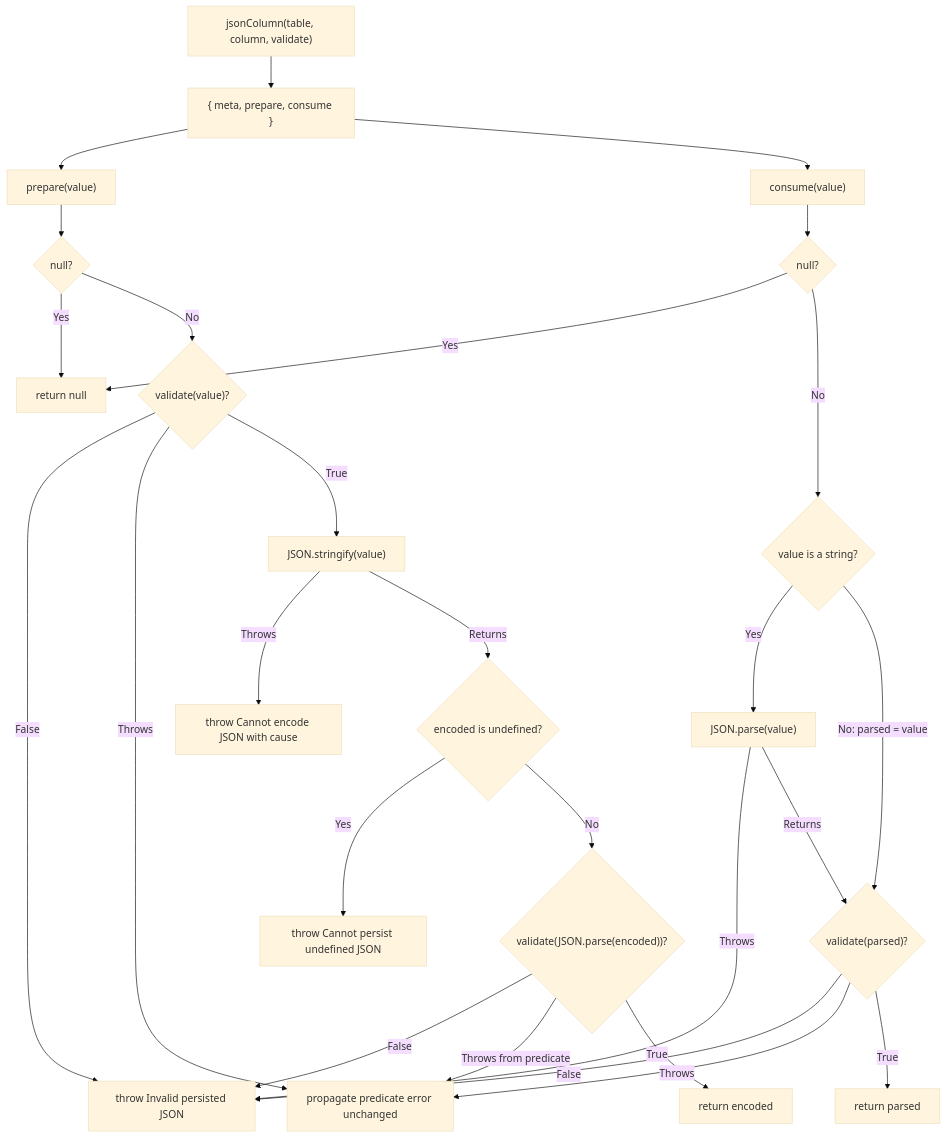
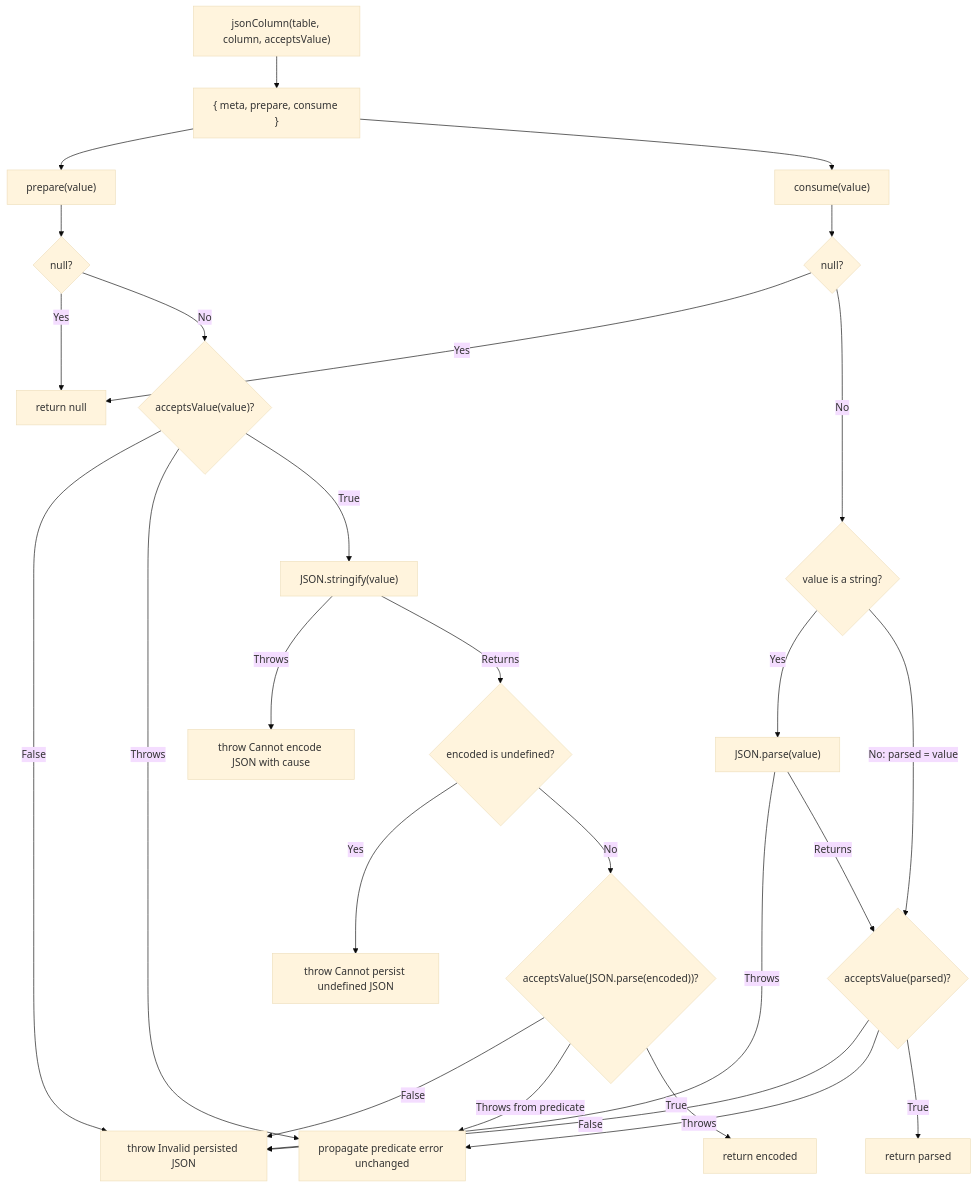
One commit to Kevinjohn/oss-adonisjs-lucid-checked-columns changed the second of 2 diagrams in user-stories/US-COLUMN-01-store-checked-json.md. Above: the diagram before and after it, drawn with Mermaid (base theme). The commit also changed other lines of this file and 6 other files, not shown here.

````diff
--- a/user-stories/US-COLUMN-01-store-checked-json.md
+++ b/user-stories/US-COLUMN-01-store-checked-json.md
@@ -48,29 +48,29 @@
 ```mermaid
 flowchart TD
-    A["jsonColumn(table, column, validate)"] --> B["{ meta, prepare, consume }"]
+    A["jsonColumn(table, column, acceptsValue)"] --> B["{ meta, prepare, consume }"]
     B --> P["prepare(value)"]
     P --> P1{"null?"}
     P1 -->|Yes| P2["return null"]
-    P1 -->|No| P3{"validate(value)?"}
+    P1 -->|No| P3{"acceptsValue(value)?"}
     P3 -->|False| I["throw Invalid persisted JSON"]
     P3 -->|Throws| X["propagate predicate error unchanged"]
     P3 -->|True| F["JSON.stringify(value)"]
     F -->|Throws| E["throw Cannot encode JSON with cause"]
     F -->|Returns| U{"encoded is undefined?"}
     U -->|Yes| N["throw Cannot persist undefined JSON"]
-    U -->|No| R{"validate(JSON.parse(encoded))?"}
+    U -->|No| R{"acceptsValue(JSON.parse(encoded))?"}
     R -->|False| I
     R -->|Throws from predicate| X
     R -->|True| P5["return encoded"]
     B --> C["consume(value)"]
     C --> C1{"null?"}
     C1 -->|Yes| P2
     C1 -->|No| C2{"value is a string?"}
     C2 -->|Yes| J["JSON.parse(value)"]
     J -->|Throws| I
-    J -->|Returns| C3{"validate(parsed)?"}
+    J -->|Returns| C3{"acceptsValue(parsed)?"}
     C2 -->|No: parsed = value| C3
     C3 -->|False| I
     C3 -->|Throws| X
     C3 -->|True| C5["return parsed"]
 ```
````
